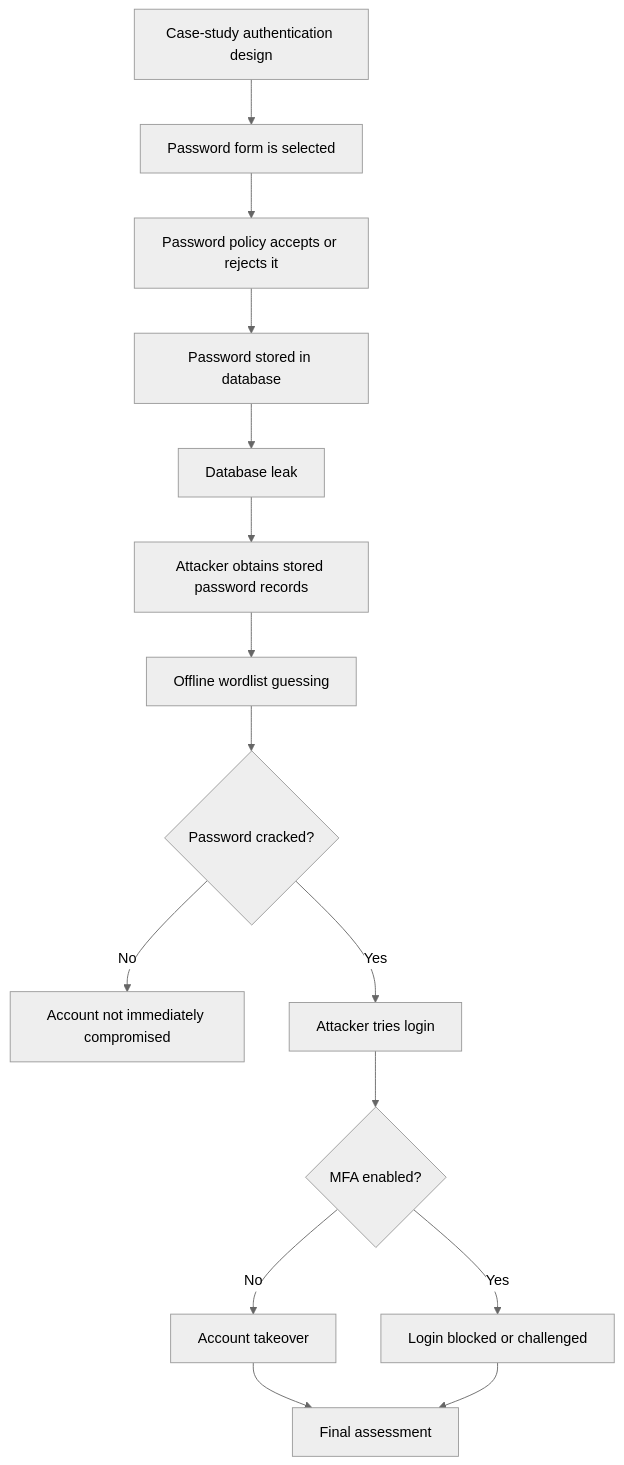
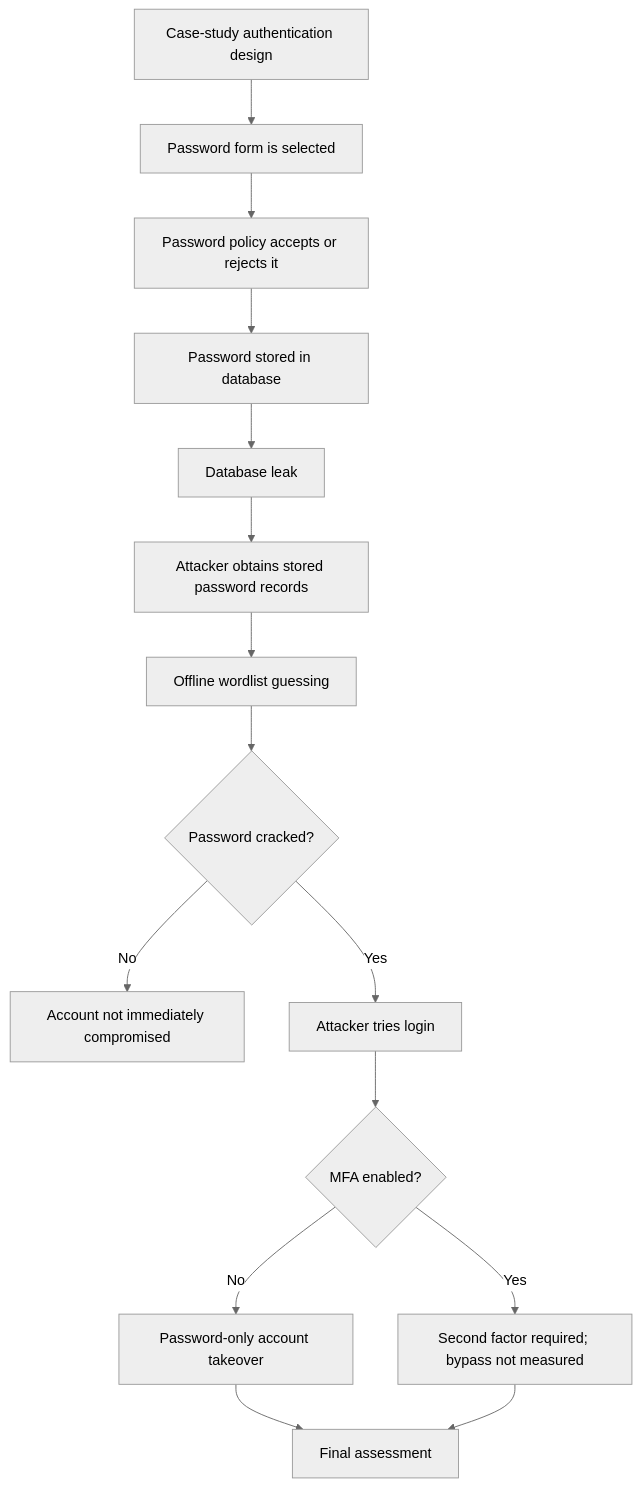
Before and after one commit to shldo/password-auth-security-analysis: the diagram in docs/threat-model.md, drawn with Mermaid (neutral theme). The commit also changed other lines of this file and 13 other files, not shown here.

````diff
--- a/docs/threat-model.md
+++ b/docs/threat-model.md
@@ -40,17 +40,17 @@
 ```mermaid
 flowchart TD
     A["Case-study authentication design"] --> B["Password form is selected"]
     B --> C["Password policy accepts or rejects it"]
     C --> D["Password stored in database"]
     D --> E["Database leak"]
     E --> F["Attacker obtains stored password records"]
     F --> G["Offline wordlist guessing"]
     G --> H{"Password cracked?"}
     H -->|No| I["Account not immediately compromised"]
     H -->|Yes| J["Attacker tries login"]
     J --> K{"MFA enabled?"}
-    K -->|No| L["Account takeover"]
-    K -->|Yes| M["Login blocked or challenged"]
+    K -->|No| L["Password-only account takeover"]
+    K -->|Yes| M["Second factor required; bypass not measured"]
     L --> N["Final assessment"]
     M --> N
 ```
````
